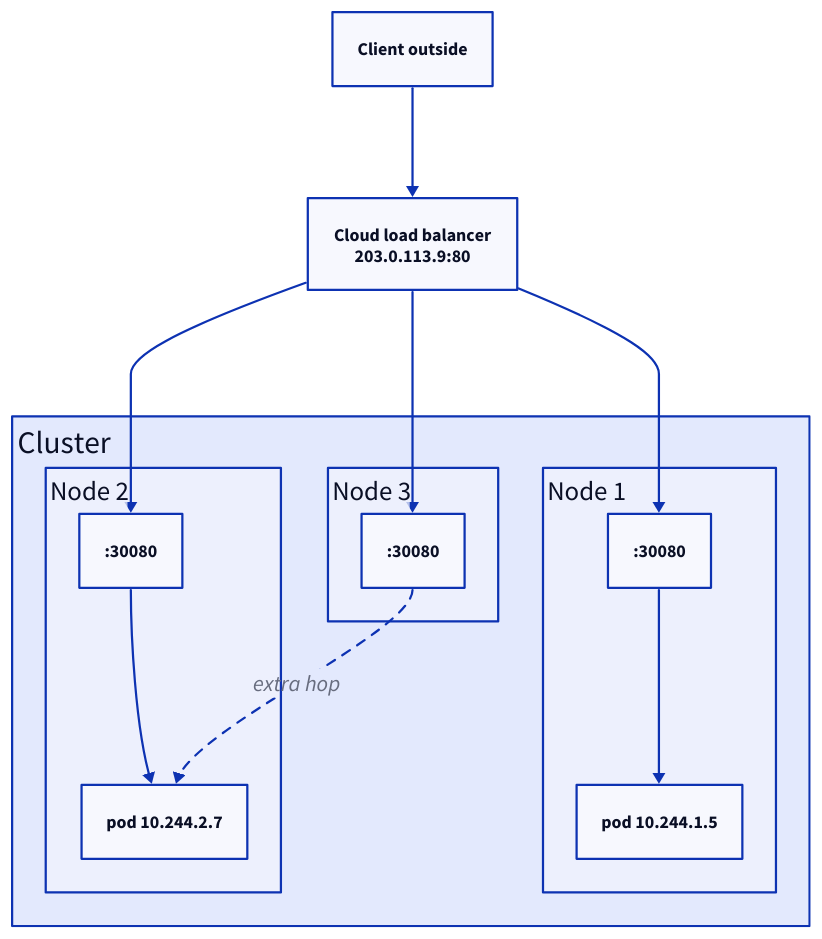
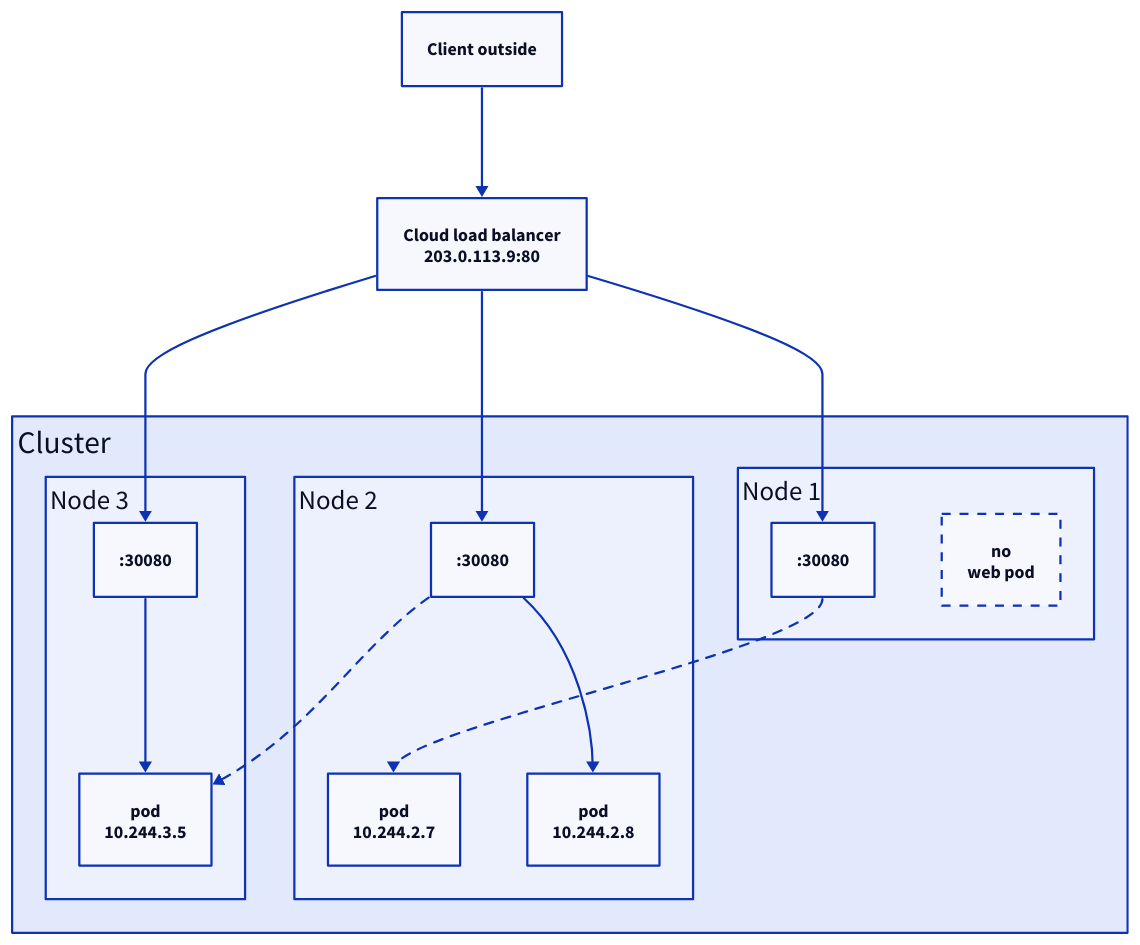
Before and after one commit to Tianbo-Qiu/build: the diagram in content/k8s/service/outside.d2, drawn with D2. The commit also changed 6 other files, not shown here.

First line of the commit message:
Flatten the Services note and add load balancer diagrams

```diff
--- a/content/k8s/service/outside.d2
+++ b/content/k8s/service/outside.d2
@@ -1,31 +1,34 @@
 direction: down
 (** -> **)[*].style.font-size: 20
 
 user: Client outside
 lb: "Cloud load balancer\n203.0.113.9:80"
 
 cluster: Cluster {
   label.near: top-left
-  n3: "Node 3" {
+  n1: "Node 3" {
     label.near: top-left
     port: ":30080"
+    p1: "pod\n10.244.3.5"
   }
   n2: "Node 2" {
     label.near: top-left
     port: ":30080"
-    pod: "pod 10.244.2.7"
-    port -> pod
+    p2: "pod\n10.244.2.7"
+    p3: "pod\n10.244.2.8"
   }
-  n1: "Node 1" {
+  n3: "Node 1" {
     label.near: top-left
     port: ":30080"
-    pod: "pod 10.244.1.5"
-    port -> pod
+    none: "no\nweb pod" {style.stroke-dash: 4}
   }
-  n3.port -> n2.pod: "extra hop" {style.stroke-dash: 4}
+  n1.port -> n1.p1
+  n2.port -> n2.p3
+  n2.port -> n1.p1 {style.stroke-dash: 4}
+  n3.port -> n2.p2 {style.stroke-dash: 4}
 }
 
 user -> lb
+lb -> cluster.n1.port
+lb -> cluster.n2.port
 lb -> cluster.n3.port
-lb -> cluster.n2.port
-lb -> cluster.n1.port
```
